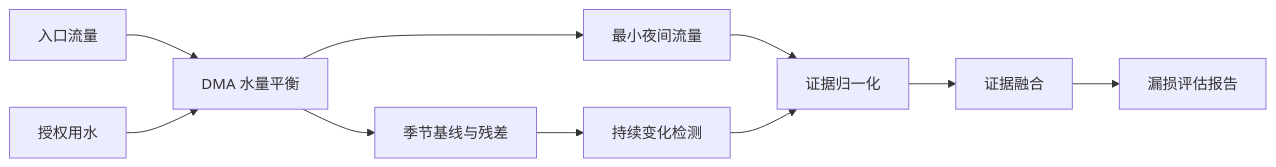
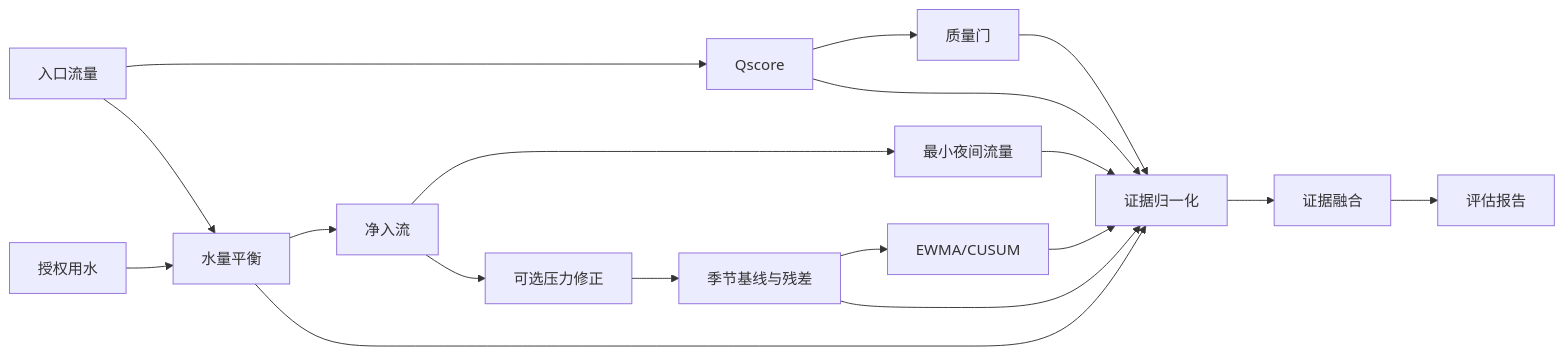
One commit to Schwarz-Hal/smart-water-platform-docs changed the diagram in docs/04-scenarios/s01-dma-leakage.md. Above: the diagram before and after it, drawn with Mermaid. The commit also changed other lines of this file and 71 other files, not shown here.

````diff
--- a/docs/04-scenarios/s01-dma-leakage.md
+++ b/docs/04-scenarios/s01-dma-leakage.md
@@ -29,12 +29,20 @@
 ```mermaid
 flowchart LR
-  A[入口流量] --> C[DMA 水量平衡]
-  B[授权用水] --> C
-  C --> D[最小夜间流量]
-  C --> E[季节基线与残差]
-  E --> F[持续变化检测]
-  D --> G[证据归一化]
-  F --> G
-  G --> H[证据融合]
-  H --> I[漏损评估报告]
+  A[入口流量] --> Q[Qscore]
+  Q --> G[质量门]
+  A --> B[水量平衡]
+  C[授权用水] --> B
+  B --> N[净入流]
+  N --> M[最小夜间流量]
+  N --> P[可选压力修正]
+  P --> S[季节基线与残差]
+  S --> E[EWMA/CUSUM]
+  B --> Z[证据归一化]
+  M --> Z
+  S --> Z
+  E --> Z
+  Q --> Z
+  G --> Z
+  Z --> F[证据融合]
+  F --> R[评估报告]
 ```
````
